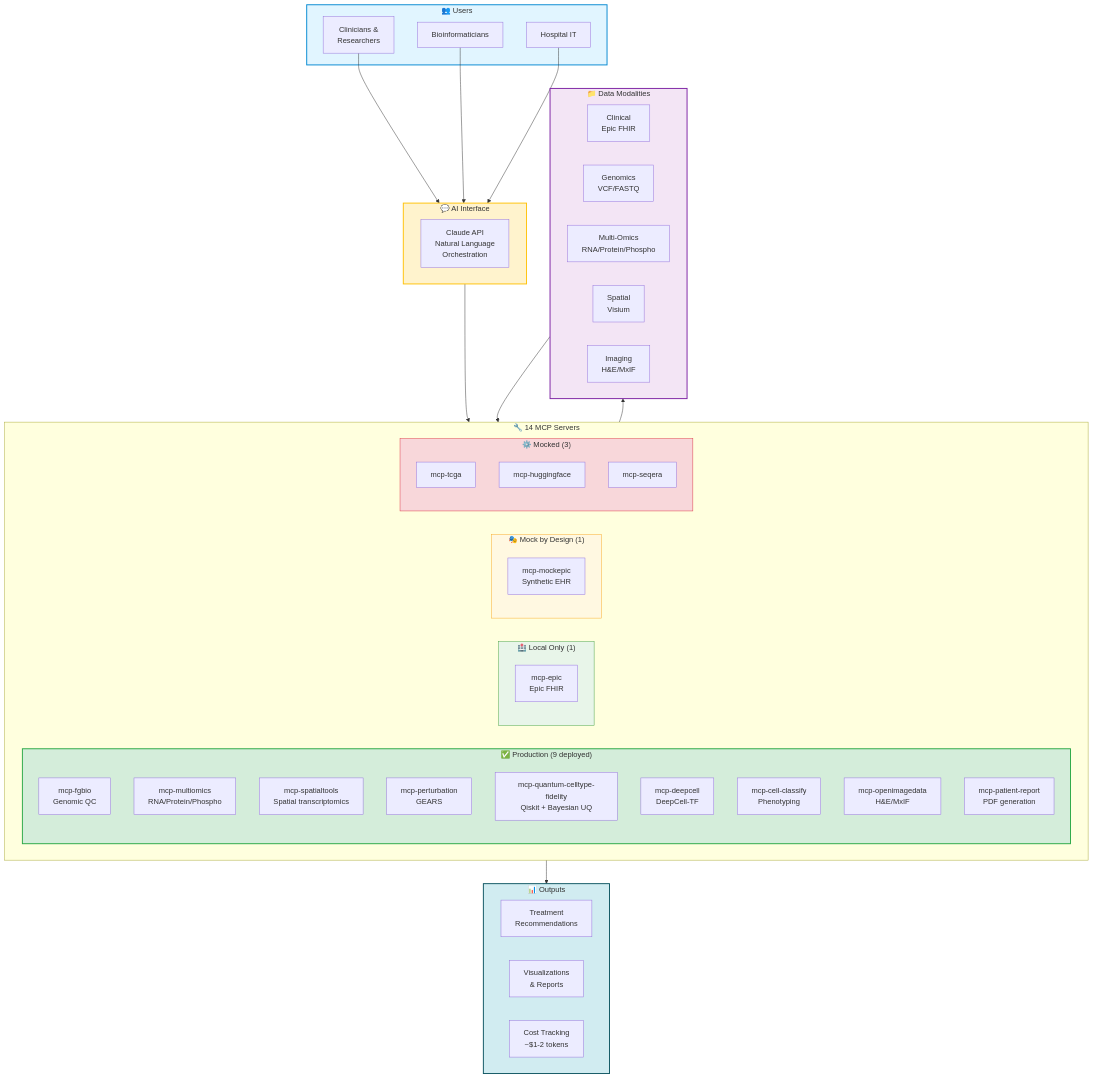
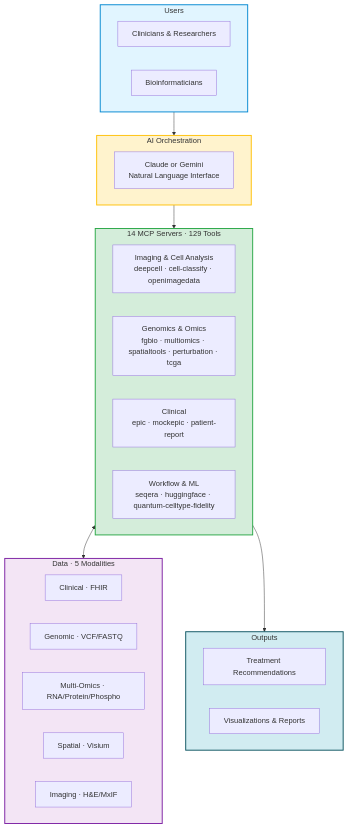
One commit to raymond301/precision-medicine-mcp changed the diagram in docs/for-funders/EXECUTIVE_SUMMARY.md. Above: the diagram before and after it, drawn with Mermaid.

Commit message:
Simplify architecture diagram for executive audience
Collapse individual servers into 4 domain groups (imaging, genomics,
clinical, workflow/ML), group data modalities, show Claude or Gemini
as the AI interface, and remove implementation details.

````diff
--- a/docs/for-funders/EXECUTIVE_SUMMARY.md
+++ b/docs/for-funders/EXECUTIVE_SUMMARY.md
@@ -13,75 +13,42 @@
 ```mermaid
 graph TB
-    subgraph Users["👥 Users"]
-        CLIN[Clinicians &<br/>Researchers]
+    subgraph Users["Users"]
+        CLIN[Clinicians & Researchers]
         BIO[Bioinformaticians]
-        ADMIN[Hospital IT]
     end
 
-    subgraph Interface["💬 AI Interface"]
-        CLAUDE[Claude API<br/>Natural Language<br/>Orchestration]
+    subgraph AI["AI Orchestration"]
+        LLM[Claude or Gemini<br/>Natural Language Interface]
     end
 
-    subgraph Servers["🔧 14 MCP Servers"]
-        direction LR
-        subgraph Production["✅ Production (9 deployed)"]
-            FGBIO[mcp-fgbio<br/>Genomic QC]
-            MULTI[mcp-multiomics<br/>RNA/Protein/Phospho]
-            SPATIAL[mcp-spatialtools<br/>Spatial transcriptomics]
-            PERTURB[mcp-perturbation<br/>GEARS]
-            QUANTUM[mcp-quantum-celltype-fidelity<br/>Qiskit + Bayesian UQ]
-            DEEP[mcp-deepcell<br/>DeepCell-TF]
-            CELLCLASS[mcp-cell-classify<br/>Phenotyping]
-            IMAGE[mcp-openimagedata<br/>H&E/MxIF]
-            PATREPORT[mcp-patient-report<br/>PDF generation]
-        end
-
-        subgraph LocalOnly["🏥 Local Only (1)"]
-            EPIC[mcp-epic<br/>Epic FHIR]
-        end
-
-        subgraph MockDesign["🎭 Mock by Design (1)"]
-            MOCKEPIC[mcp-mockepic<br/>Synthetic EHR]
-        end
-
-        subgraph Mocked["⚙️ Mocked (3)"]
-            TCGA[mcp-tcga]
-            HF[mcp-huggingface]
-            SEQ[mcp-seqera]
-        end
+    subgraph Servers["14 MCP Servers · 129 Tools"]
+        IMAGING[Imaging & Cell Analysis<br/>deepcell · cell-classify · openimagedata]
+        GENOMICS[Genomics & Omics<br/>fgbio · multiomics · spatialtools · perturbation · tcga]
+        CLINICAL[Clinical<br/>epic · mockepic · patient-report]
+        WORKFLOW[Workflow & ML<br/>seqera · huggingface · quantum-celltype-fidelity]
     end
 
-    subgraph Data["📁 Data Modalities"]
-        CLINICAL[Clinical<br/>Epic FHIR]
-        GENOMIC[Genomics<br/>VCF/FASTQ]
-        OMICS[Multi-Omics<br/>RNA/Protein/Phospho]
-        SPAT[Spatial<br/>Visium]
-        IMG[Imaging<br/>H&E/MxIF]
+    subgraph Data["Data · 5 Modalities"]
+        D1[Clinical · FHIR]
+        D2[Genomic · VCF/FASTQ]
+        D3[Multi-Omics · RNA/Protein/Phospho]
+        D4[Spatial · Visium]
+        D5[Imaging · H&E/MxIF]
     end
 
-    subgraph Output["📊 Outputs"]
-        RECS[Treatment<br/>Recommendations]
-        VIZ[Visualizations<br/>& Reports]
-        COST[Cost Tracking<br/>~$1-2 tokens]
+    subgraph Output["Outputs"]
+        RECS[Treatment Recommendations]
+        VIZ[Visualizations & Reports]
     end
 
-    CLIN --> Interface
-    BIO --> Interface
-    ADMIN --> Interface
-
-    Interface --> Servers
-
-    Servers --> Data
-    Data --> Servers
-
+    Users --> AI
+    AI --> Servers
+    Servers <--> Data
     Servers --> Output
 
     style Users fill:#e1f5ff,stroke:#0288d1,stroke-width:2px
-    style Interface fill:#fff3cd,stroke:#ffc107,stroke-width:2px
-    style Production fill:#d4edda,stroke:#28a745,stroke-width:2px
-    style LocalOnly fill:#e8f5e9,stroke:#43a047,stroke-width:1px
-    style MockDesign fill:#fff8e1,stroke:#f9a825,stroke-width:1px
-    style Mocked fill:#f8d7da,stroke:#dc3545,stroke-width:1px
+    style AI fill:#fff3cd,stroke:#ffc107,stroke-width:2px
+    style Servers fill:#d4edda,stroke:#28a745,stroke-width:2px
     style Data fill:#f3e5f5,stroke:#7b1fa2,stroke-width:2px
     style Output fill:#d1ecf1,stroke:#0c5460,stroke-width:2px
 ```
````
